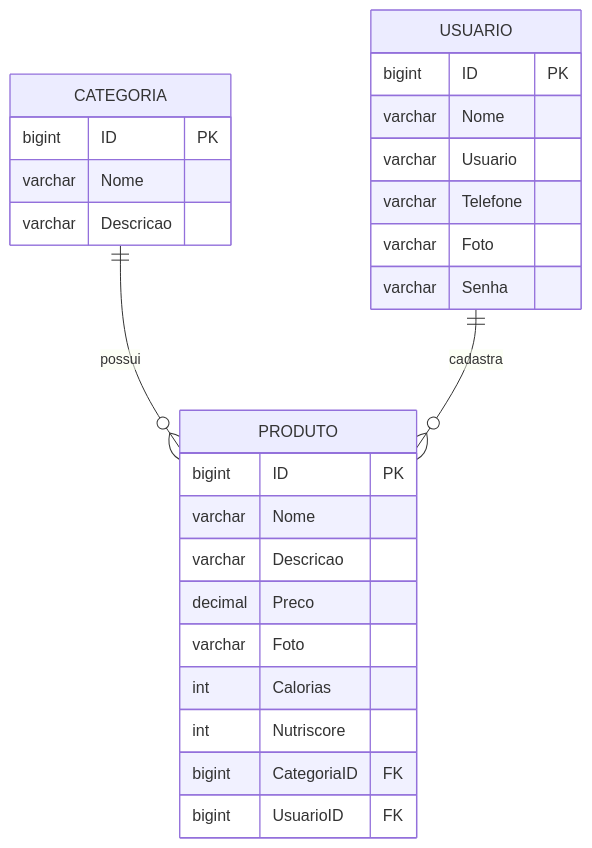
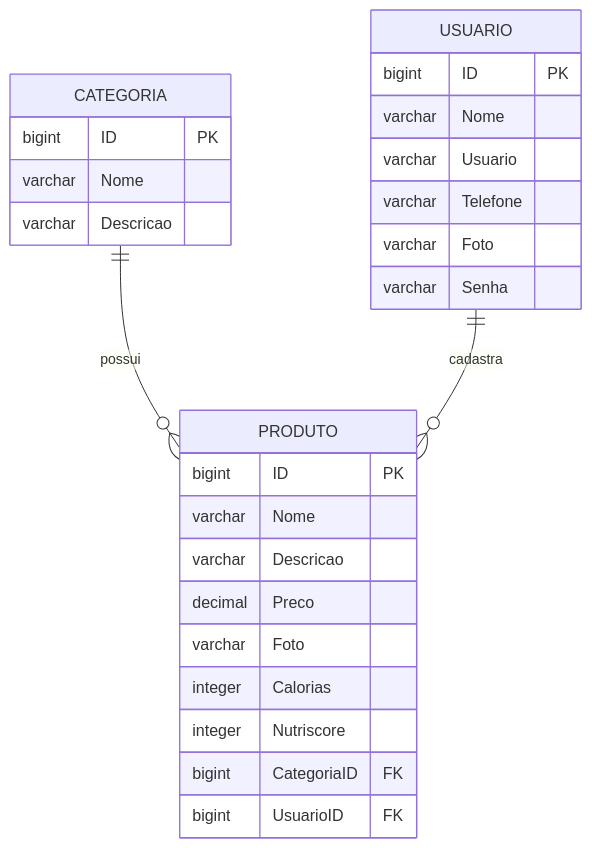
The second of 2 diagrams in README.md (Grupo04TurmaJava82/delivery_spring), drawn with Mermaid before and after one commit. The commit also changed other lines of this file, not shown here.

````diff
--- a/README.md
+++ b/README.md
@@ -95,30 +96,31 @@
 ```mermaid
 erDiagram
     CATEGORIA {
         bigint ID PK
         varchar Nome
         varchar Descricao
     }
     PRODUTO {
         bigint ID PK
         varchar Nome
         varchar Descricao
         decimal Preco
         varchar Foto
-        int Calorias
-        int Nutriscore
+        integer Calorias
+        integer Nutriscore
         bigint CategoriaID FK
         bigint UsuarioID FK
     }
+
     USUARIO {
         bigint ID PK
         varchar Nome
         varchar Usuario
         varchar Telefone
         varchar Foto
         varchar Senha
     }
 
     CATEGORIA ||--o{ PRODUTO : "possui"
     USUARIO ||--o{ PRODUTO : "cadastra"
 ```
````
